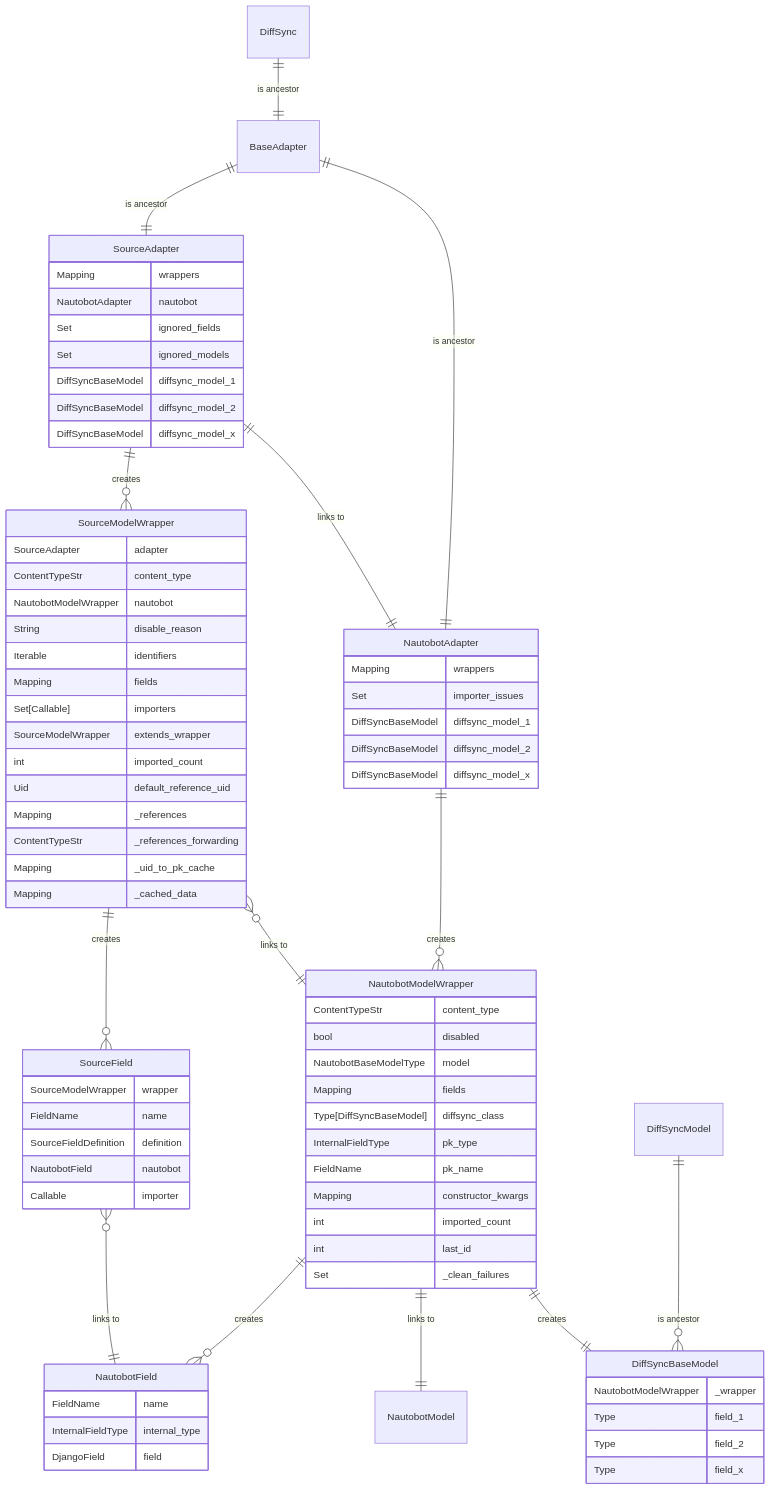
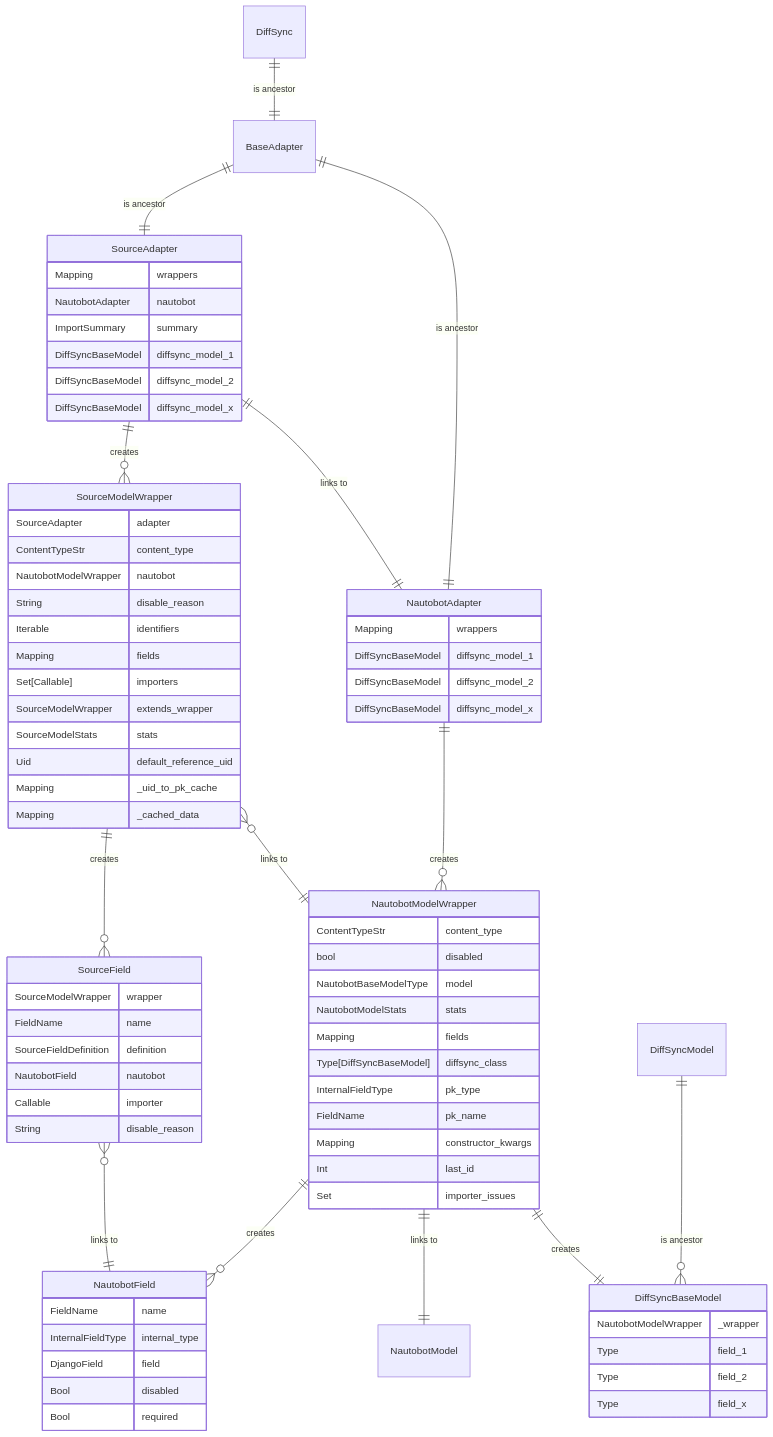
Before and after one commit to nautobot/nautobot-app-netbox-importer: the diagram in docs/dev/generator.md, drawn with Mermaid. The commit also changed other lines of this file and 4 other files, not shown here.

````diff
--- a/docs/dev/generator.md
+++ b/docs/dev/generator.md
@@ -106,79 +109,78 @@
 ```mermaid
 erDiagram
     DiffSync ||--|| BaseAdapter : "is ancestor"
     BaseAdapter ||--|| SourceAdapter : "is ancestor"
     BaseAdapter ||--|| NautobotAdapter : "is ancestor"
     SourceAdapter ||--o{ SourceModelWrapper : "creates"
     SourceModelWrapper ||--o{ SourceField : "creates"
     SourceAdapter ||--|| NautobotAdapter : "links to"
     NautobotAdapter ||--o{ NautobotModelWrapper : "creates"
     SourceModelWrapper }o--|| NautobotModelWrapper : "links to"
     NautobotModelWrapper ||--o{ NautobotField : "creates"
     NautobotModelWrapper ||--|| NautobotModel : "links to"
     SourceField }o--|| NautobotField : "links to"
     NautobotModelWrapper ||--|| DiffSyncBaseModel : "creates"
     DiffSyncModel ||--o{ DiffSyncBaseModel : "is ancestor"
     SourceAdapter {
         Mapping wrappers
         NautobotAdapter nautobot
-        Set ignored_fields
-        Set ignored_models
+        ImportSummary summary
         DiffSyncBaseModel diffsync_model_1
         DiffSyncBaseModel diffsync_model_2
         DiffSyncBaseModel diffsync_model_x
     }
     SourceModelWrapper {
         SourceAdapter adapter
         ContentTypeStr content_type
         NautobotModelWrapper nautobot
         String disable_reason
         Iterable identifiers
         Mapping fields
         Set[Callable] importers
         SourceModelWrapper extends_wrapper
-        int imported_count
+        SourceModelStats stats
         Uid default_reference_uid
-        Mapping _references
-        ContentTypeStr _references_forwarding
         Mapping _uid_to_pk_cache
         Mapping _cached_data
     }
     SourceField {
         SourceModelWrapper wrapper
         FieldName name
         SourceFieldDefinition definition
         NautobotField nautobot
         Callable importer
+        String disable_reason
     }
     NautobotAdapter {
         Mapping wrappers
-        Set importer_issues
         DiffSyncBaseModel diffsync_model_1
         DiffSyncBaseModel diffsync_model_2
         DiffSyncBaseModel diffsync_model_x
     }
     NautobotModelWrapper {
         ContentTypeStr content_type
         bool disabled
         NautobotBaseModelType model
+        NautobotModelStats stats
         Mapping fields
         Type[DiffSyncBaseModel] diffsync_class
         InternalFieldType pk_type
         FieldName pk_name
         Mapping constructor_kwargs
-        int imported_count
-        int last_id
-        Set _clean_failures
+        Int last_id
+        Set importer_issues
     }
     NautobotField {
         FieldName name
         InternalFieldType internal_type
         DjangoField field
+        Bool disabled
+        Bool required
     }
     DiffSyncBaseModel {
         NautobotModelWrapper _wrapper
         Type field_1
         Type field_2
         Type field_x
     }
 ```
````
